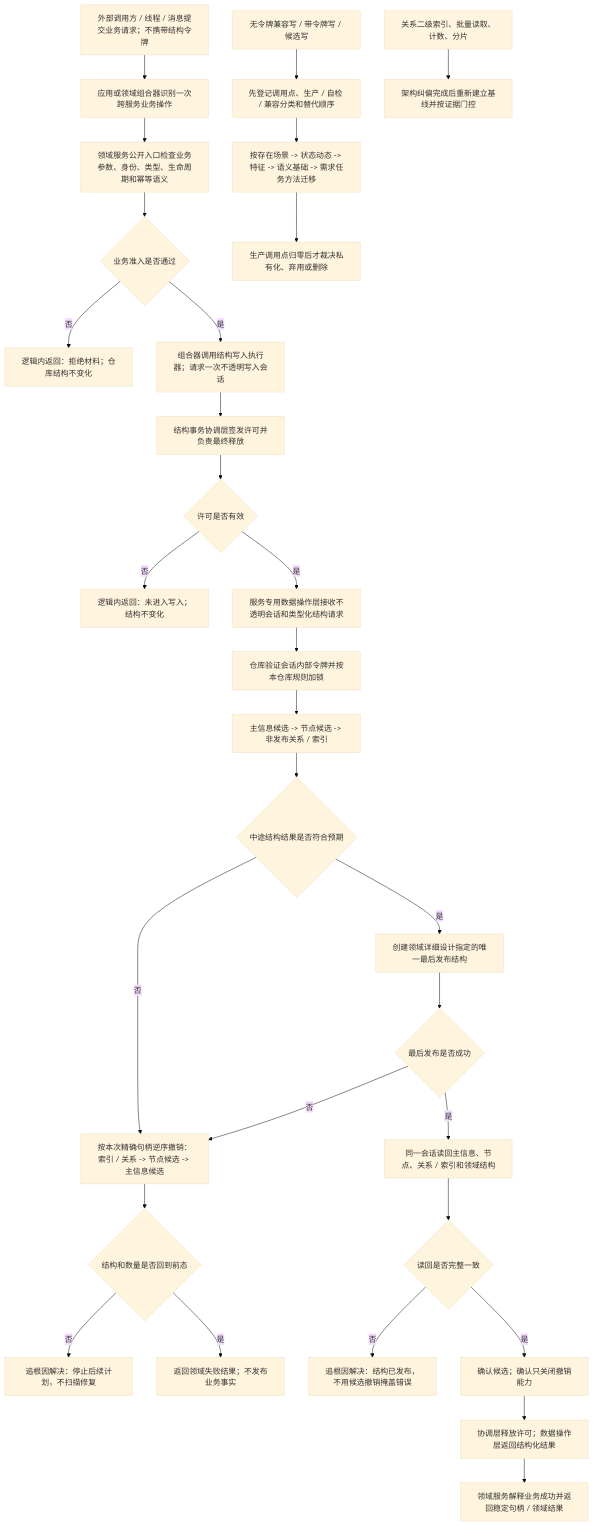
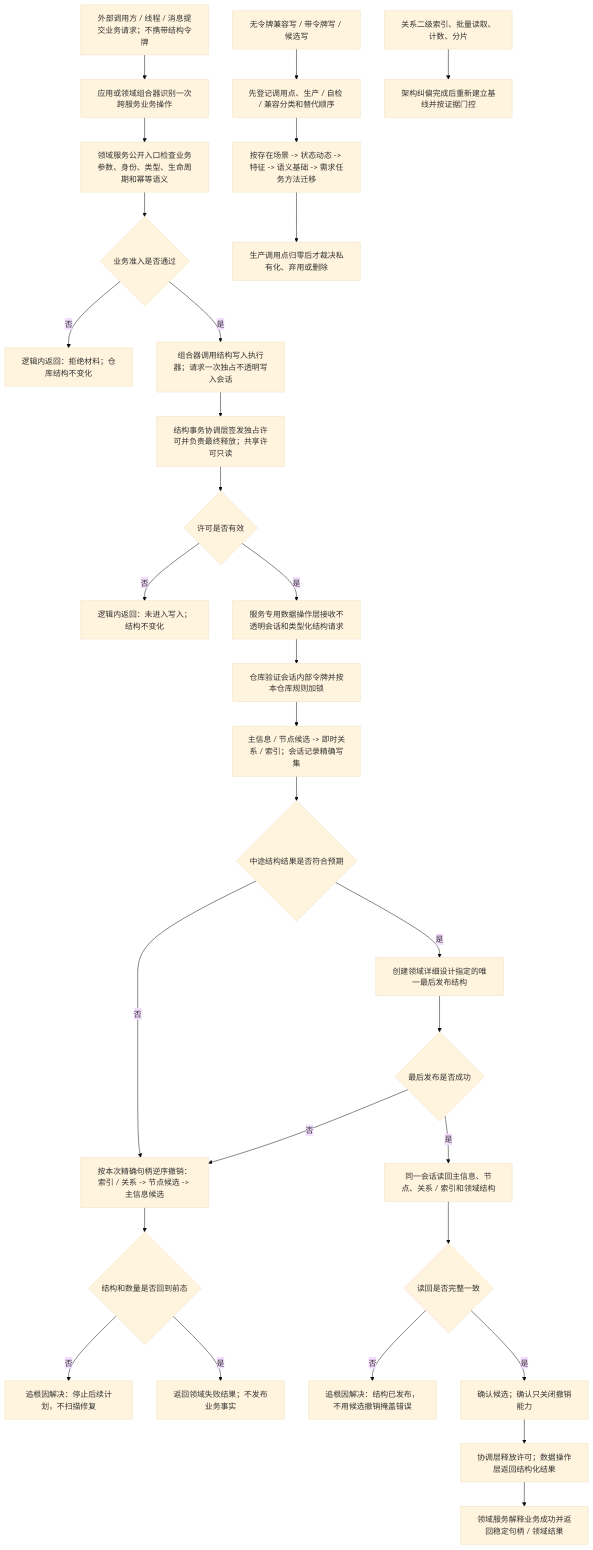
The diagram in 流程图/20260713_仓库底层与服务数据操作分层纠偏流程图_v0.1.md (chunhaizh-cyber/HY-Ego), drawn with Mermaid (base theme) before and after one commit. The commit also changed 31 other files, not shown here.

````diff
--- a/流程图/20260713_仓库底层与服务数据操作分层纠偏流程图_v0.1.md
+++ b/流程图/20260713_仓库底层与服务数据操作分层纠偏流程图_v0.1.md
@@ -22,34 +22,34 @@
 ```mermaid
 flowchart TD
     A["外部调用方 / 线程 / 消息提交业务请求；不携带结构令牌"] --> B["应用或领域组合器识别一次跨服务业务操作"]
     B --> C["领域服务公开入口检查业务参数、身份、类型、生命周期和幂等语义"]
     C --> C1{"业务准入是否通过"}
     C1 -- "否" --> L1["逻辑内返回：拒绝材料；仓库结构不变化"]
-    C1 -- "是" --> D["组合器调用结构写入执行器；请求一次不透明写入会话"]
-    D --> E["结构事务协调层签发许可并负责最终释放"]
+    C1 -- "是" --> D["组合器调用结构写入执行器；请求一次独占不透明写入会话"]
+    D --> E["结构事务协调层签发独占许可并负责最终释放；共享许可只读"]
     E --> E1{"许可是否有效"}
     E1 -- "否" --> L2["逻辑内返回：未进入写入；结构不变化"]
     E1 -- "是" --> F["服务专用数据操作层接收不透明会话和类型化结构请求"]
     F --> G["仓库验证会话内部令牌并按本仓库规则加锁"]
-    G --> H["主信息候选 -> 节点候选 -> 非发布关系 / 索引"]
+    G --> H["主信息 / 节点候选 -> 即时关系 / 索引；会话记录精确写集"]
     H --> H1{"中途结构结果是否符合预期"}
     H1 -- "否" --> R["按本次精确句柄逆序撤销：索引 / 关系 -> 节点候选 -> 主信息候选"]
     R --> R1{"结构和数量是否回到前态"}
     R1 -- "否" --> X1["追根因解决：停止后续计划，不扫描修复"]
     R1 -- "是" --> L3["返回领域失败结果；不发布业务事实"]
     H1 -- "是" --> I["创建领域详细设计指定的唯一最后发布结构"]
     I --> I1{"最后发布是否成功"}
     I1 -- "否" --> R
     I1 -- "是" --> J["同一会话读回主信息、节点、关系 / 索引和领域结构"]
     J --> J1{"读回是否完整一致"}
     J1 -- "否" --> X2["追根因解决：结构已发布，不用候选撤销掩盖错误"]
     J1 -- "是" --> K["确认候选；确认只关闭撤销能力"]
     K --> M["协调层释放许可；数据操作层返回结构化结果"]
     M --> N["领域服务解释业务成功并返回稳定句柄 / 领域结果"]
 
     P1["无令牌兼容写 / 带令牌写 / 候选写"] --> P2["先登记调用点、生产 / 自检 / 兼容分类和替代顺序"]
     P2 --> P3["按存在场景 -> 状态动态 -> 特征 -> 语义基础 -> 需求任务方法迁移"]
     P3 --> P4["生产调用点归零后才裁决私有化、弃用或删除"]
 
     Q1["关系二级索引、批量读取、计数、分片"] --> Q2["架构纠偏完成后重新建立基线并按证据门控"]
 ```
````
